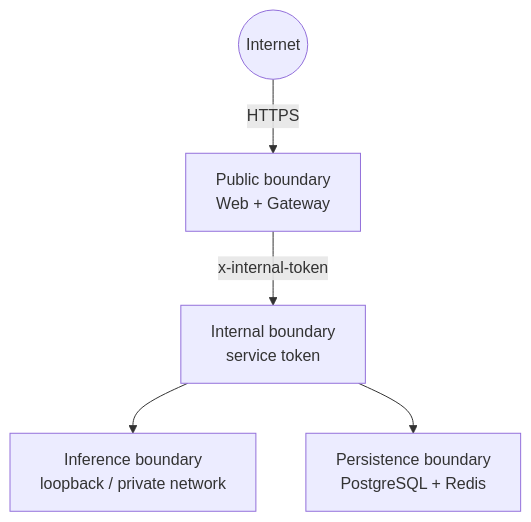
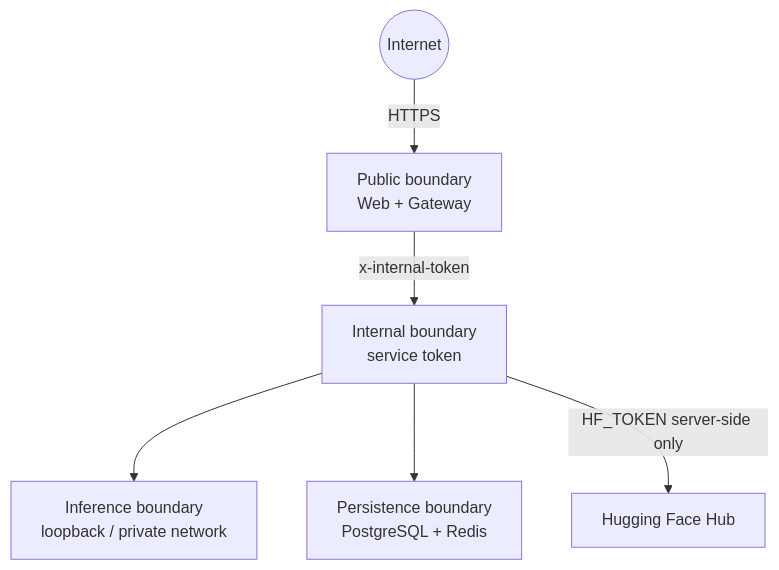
The fourth of 4 diagrams in README.md (ShahjahanAli/modelforge.ai), drawn with Mermaid before and after one commit. The commit also changed other lines of this file and 31 other files, not shown here.

````diff
--- a/README.md
+++ b/README.md
@@ -472,13 +551,15 @@
 ```mermaid
 flowchart TD
     Internet((Internet))
     Public["Public boundary<br/>Web + Gateway"]
     Internal["Internal boundary<br/>service token"]
     Inference["Inference boundary<br/>loopback / private network"]
     Storage["Persistence boundary<br/>PostgreSQL + Redis"]
+    Hub["Hugging Face Hub"]
 
     Internet -->|HTTPS| Public
     Public -->|x-internal-token| Internal
     Internal --> Inference
     Internal --> Storage
+    Internal -->|HF_TOKEN server-side only| Hub
 ```
````
